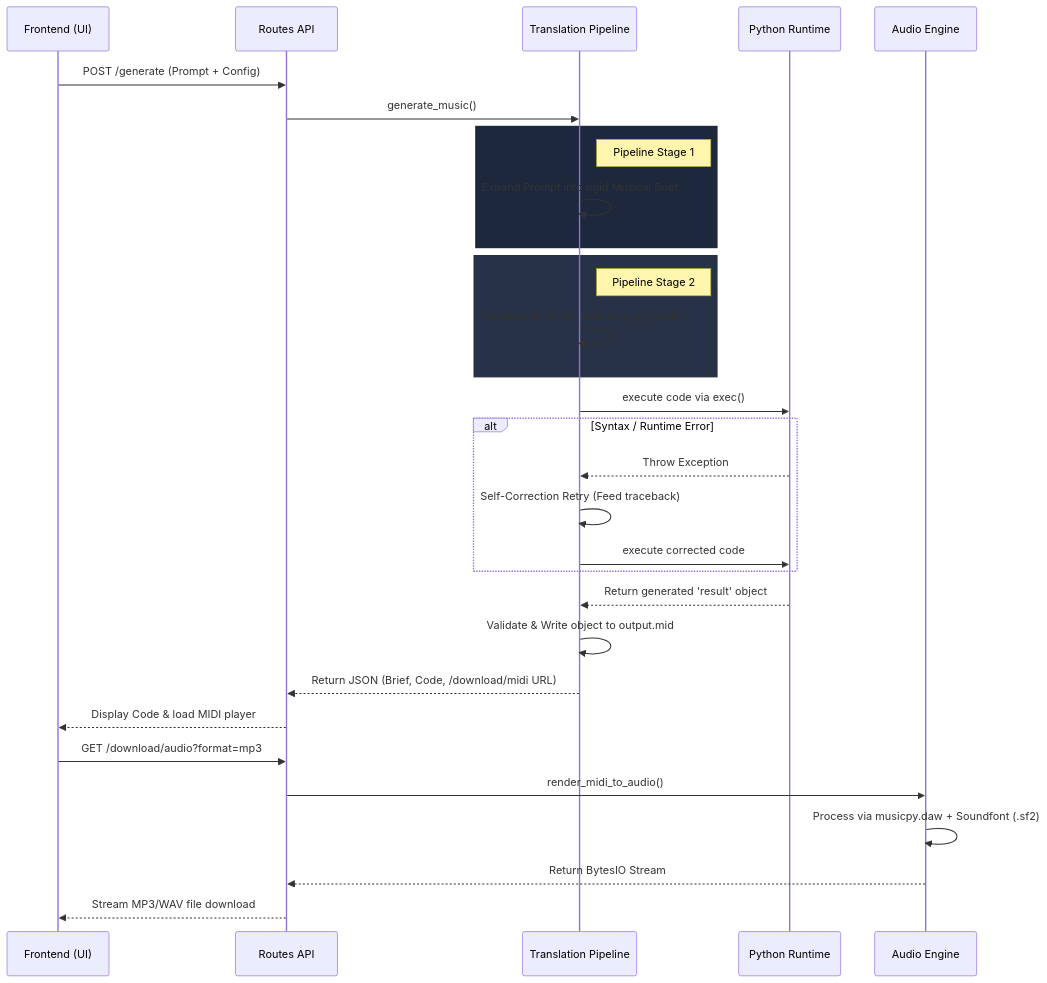
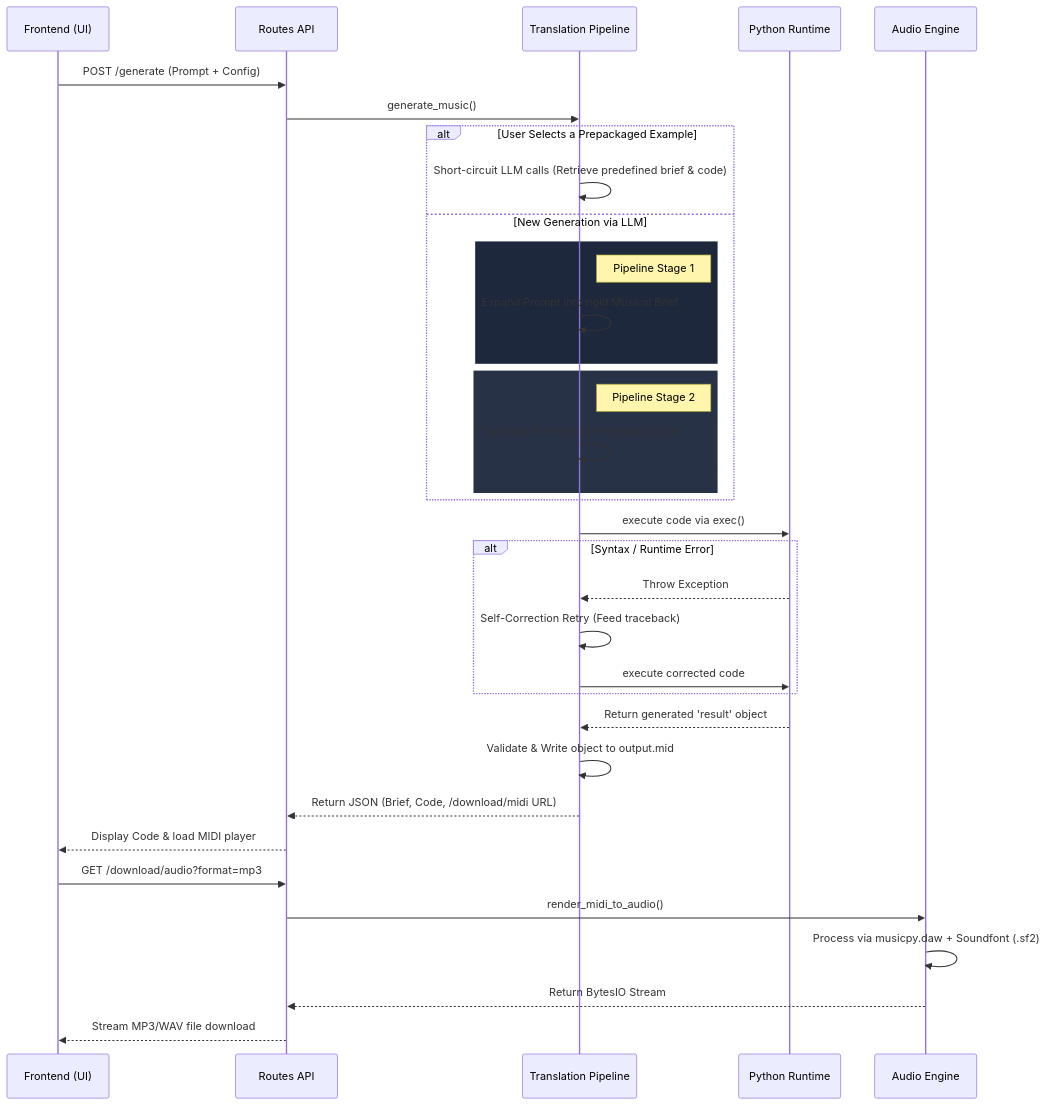
The diagram in docs/architecture.md (Misterscan/STALGIA), drawn with Mermaid before and after one commit. The commit also changed other lines of this file and 7 other files, not shown here.

````diff
--- a/docs/architecture.md
+++ b/docs/architecture.md
@@ -17,39 +17,43 @@
 ```mermaid
 sequenceDiagram
     participant Client as Frontend (UI)
     participant API as Routes API
     participant Gen as Translation Pipeline
     participant Exec as Python Runtime
     participant Audio as Audio Engine
 
     Client->>API: POST /generate (Prompt + Config)
     API->>Gen: generate_music()
     
-    rect rgb(30, 40, 60)
-        Note right of Gen: Pipeline Stage 1
-        Gen->>Gen: Expand Prompt into rigid Musical Brief
-    end
-    
-    rect rgb(40, 50, 70)
-        Note right of Gen: Pipeline Stage 2
-        Gen->>Gen: Translate Brief into pure musicpy Code
+    alt User Selects a Prepackaged Example
+        Gen->>Gen: Short-circuit LLM calls (Retrieve predefined brief & code)
+    else New Generation via LLM
+        rect rgb(30, 40, 60)
+            Note right of Gen: Pipeline Stage 1
+            Gen->>Gen: Expand Prompt into rigid Musical Brief
+        end
+        
+        rect rgb(40, 50, 70)
+            Note right of Gen: Pipeline Stage 2
+            Gen->>Gen: Translate Brief into pure musicpy Code
+        end
     end
     
     Gen->>Exec: execute code via exec()
     alt Syntax / Runtime Error
         Exec-->>Gen: Throw Exception
         Gen->>Gen: Self-Correction Retry (Feed traceback)
         Gen->>Exec: execute corrected code
     end
     Exec-->>Gen: Return generated 'result' object
     
     Gen->>Gen: Validate & Write object to output.mid
     Gen-->>API: Return JSON (Brief, Code, /download/midi URL)
     API-->>Client: Display Code & load MIDI player
     
     Client->>API: GET /download/audio?format=mp3
     API->>Audio: render_midi_to_audio()
     Audio->>Audio: Process via musicpy.daw + Soundfont (.sf2)
     Audio-->>API: Return BytesIO Stream
     API-->>Client: Stream MP3/WAV file download
 ```
````
